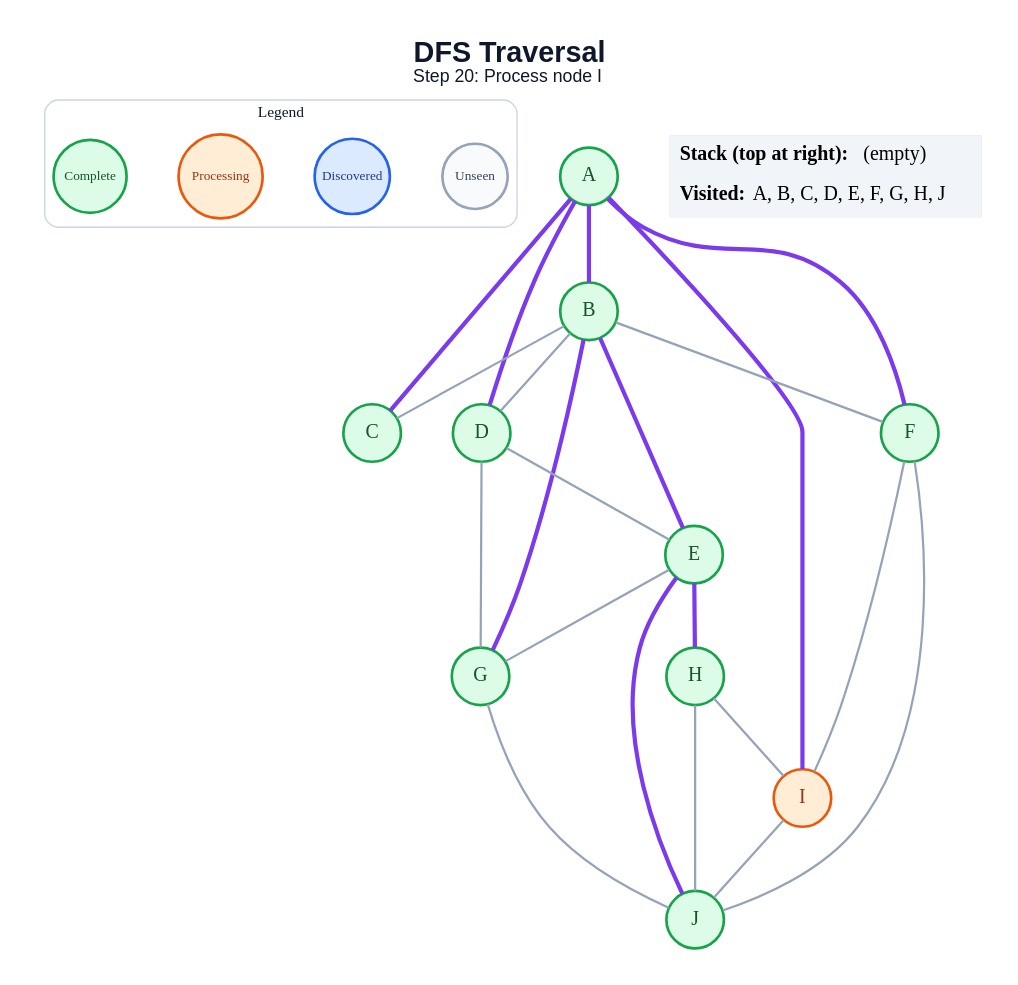
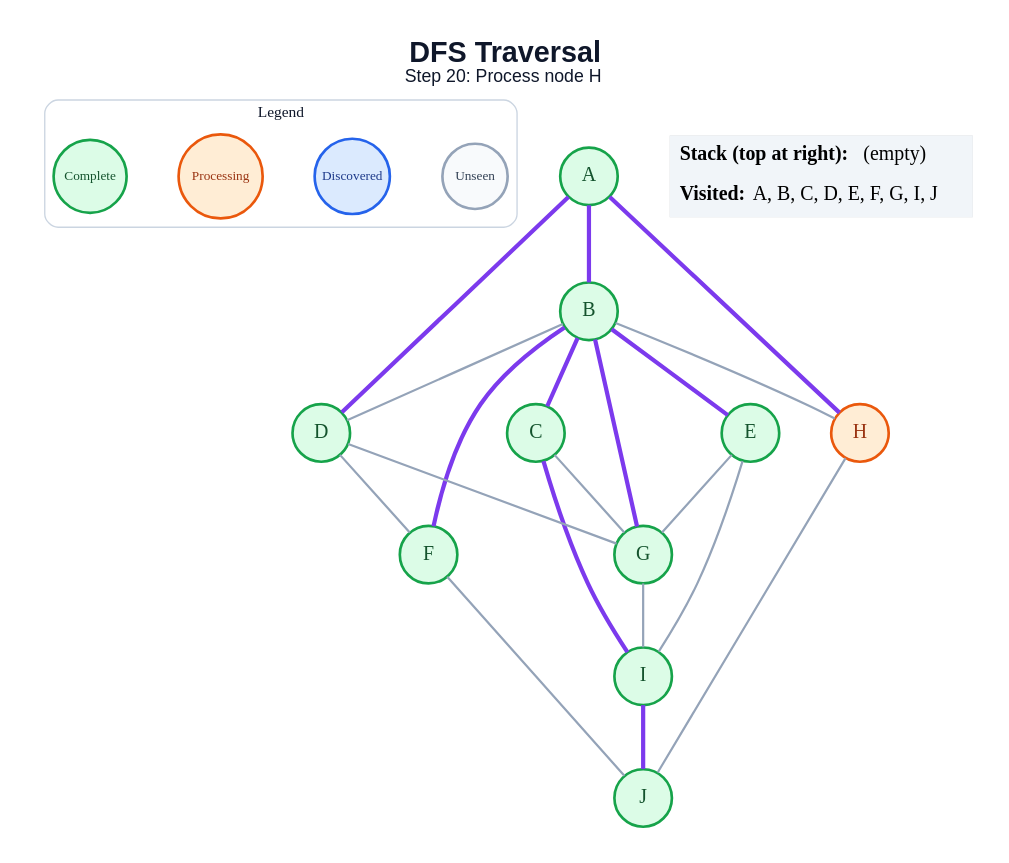
The diagram in generated/dfs/step_20.dot (amanghodawala9/ai-slop), drawn with Graphviz before and after one commit. The commit also changed 178 other files, not shown here.

```diff
--- a/generated/dfs/step_20.dot
+++ b/generated/dfs/step_20.dot
@@ -1,50 +1,48 @@
 graph traversal {
   graph [layout=dot, rankdir=TB, bgcolor="#FFFFFF", pad="0.35", nodesep="0.65", ranksep="0.8", fontname="Arial"];
   node [shape=circle, style="filled", fontname="Arial Bold", fontsize=18, width=0.72, fixedsize=true, penwidth=2.4];
   edge [color="#94A3B8", penwidth=2.0];
-  label=<<B>DFS Traversal</B><BR/><FONT POINT-SIZE="16">Step 20: Process node I</FONT>>; labelloc="t"; fontsize=26; fontname="Arial"; fontcolor="#0F172A";
+  label=<<B>DFS Traversal</B><BR/><FONT POINT-SIZE="16">Step 20: Process node H</FONT>>; labelloc="t"; fontsize=26; fontname="Arial"; fontcolor="#0F172A";
   subgraph cluster_legend { label="Legend"; color="#CBD5E1"; penwidth=1.2; style="rounded"; fontsize=14; fontname="Arial Bold";
     key_unseen [label="Unseen", fillcolor="#F8FAFC", color="#94A3B8", fontcolor="#334155", fontsize=12, width=0.82];
     key_frontier [label="Discovered", fillcolor="#DBEAFE", color="#2563EB", fontcolor="#1E3A8A", fontsize=12, width=0.95];
     key_current [label="Processing", fillcolor="#FFEDD5", color="#EA580C", fontcolor="#9A3412", fontsize=12, width=1.05];
     key_done [label="Complete", fillcolor="#DCFCE7", color="#16A34A", fontcolor="#14532D", fontsize=12, width=0.92];
     { rank=same; key_unseen; key_frontier; key_current; key_done; }
   }
   A [fillcolor="#DCFCE7", color="#16A34A", fontcolor="#14532D"];
   B [fillcolor="#DCFCE7", color="#16A34A", fontcolor="#14532D"];
   C [fillcolor="#DCFCE7", color="#16A34A", fontcolor="#14532D"];
   D [fillcolor="#DCFCE7", color="#16A34A", fontcolor="#14532D"];
   E [fillcolor="#DCFCE7", color="#16A34A", fontcolor="#14532D"];
   F [fillcolor="#DCFCE7", color="#16A34A", fontcolor="#14532D"];
   G [fillcolor="#DCFCE7", color="#16A34A", fontcolor="#14532D"];
-  H [fillcolor="#DCFCE7", color="#16A34A", fontcolor="#14532D"];
-  I [fillcolor="#FFEDD5", color="#EA580C", fontcolor="#9A3412"];
+  H [fillcolor="#FFEDD5", color="#EA580C", fontcolor="#9A3412"];
+  I [fillcolor="#DCFCE7", color="#16A34A", fontcolor="#14532D"];
   J [fillcolor="#DCFCE7", color="#16A34A", fontcolor="#14532D"];
   A -- B [color="#7C3AED", penwidth=3.8];
-  A -- C [color="#7C3AED", penwidth=3.8];
   A -- D [color="#7C3AED", penwidth=3.8];
-  A -- F [color="#7C3AED", penwidth=3.8];
-  A -- I [color="#7C3AED", penwidth=3.8];
-  B -- C;
+  A -- H [color="#7C3AED", penwidth=3.8];
+  B -- C [color="#7C3AED", penwidth=3.8];
   B -- D;
   B -- E [color="#7C3AED", penwidth=3.8];
-  B -- F;
+  B -- F [color="#7C3AED", penwidth=3.8];
   B -- G [color="#7C3AED", penwidth=3.8];
-  D -- E;
+  B -- H;
+  C -- G;
+  C -- I [color="#7C3AED", penwidth=3.8];
+  D -- F;
   D -- G;
   E -- G;
-  E -- H [color="#7C3AED", penwidth=3.8];
-  E -- J [color="#7C3AED", penwidth=3.8];
-  F -- I;
+  E -- I;
   F -- J;
-  G -- J;
-  H -- I;
+  G -- I;
   H -- J;
-  I -- J;
+  I -- J [color="#7C3AED", penwidth=3.8];
   status [shape=plain, fixedsize=false, width=0, height=0, margin=0, label=<
     <TABLE BORDER="0" CELLBORDER="0" CELLPADDING="7" BGCOLOR="#F1F5F9">
       <TR><TD ALIGN="LEFT"><B>Stack (top at right):</B> (empty)</TD></TR>
-      <TR><TD ALIGN="LEFT"><B>Visited:</B> A, B, C, D, E, F, G, H, J</TD></TR>
+      <TR><TD ALIGN="LEFT"><B>Visited:</B> A, B, C, D, E, F, G, I, J</TD></TR>
     </TABLE>
   >];
 }
```
